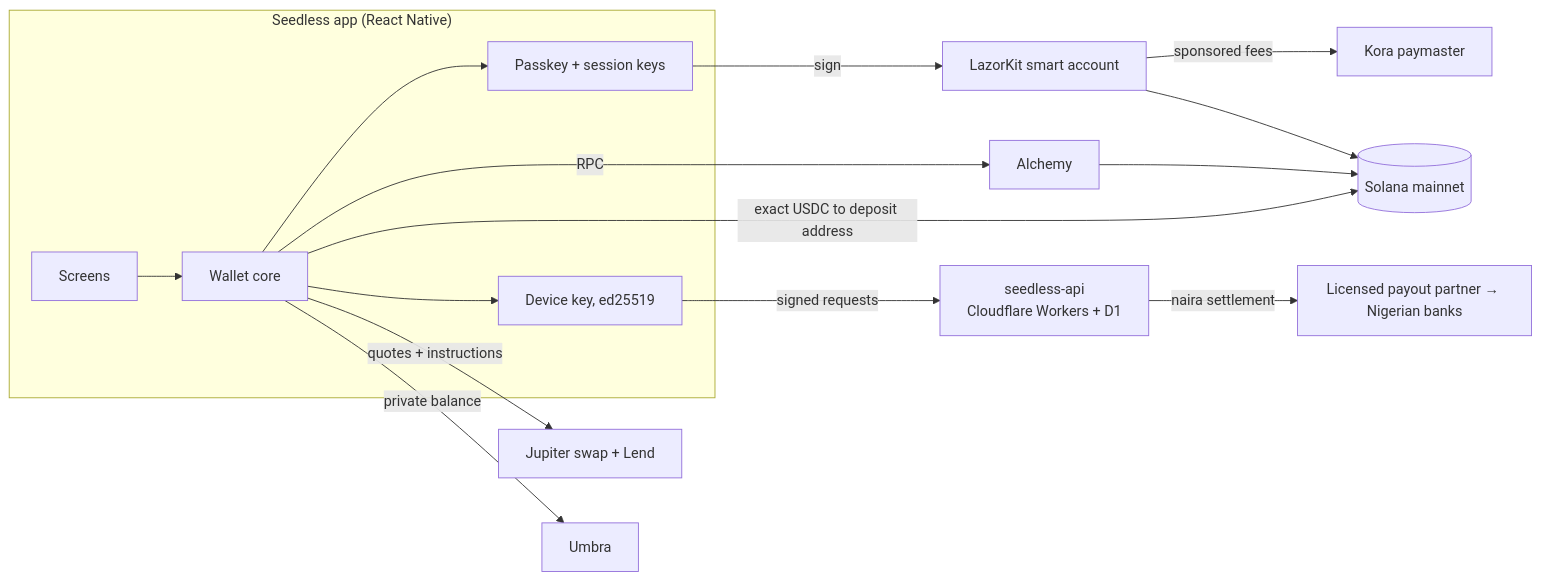
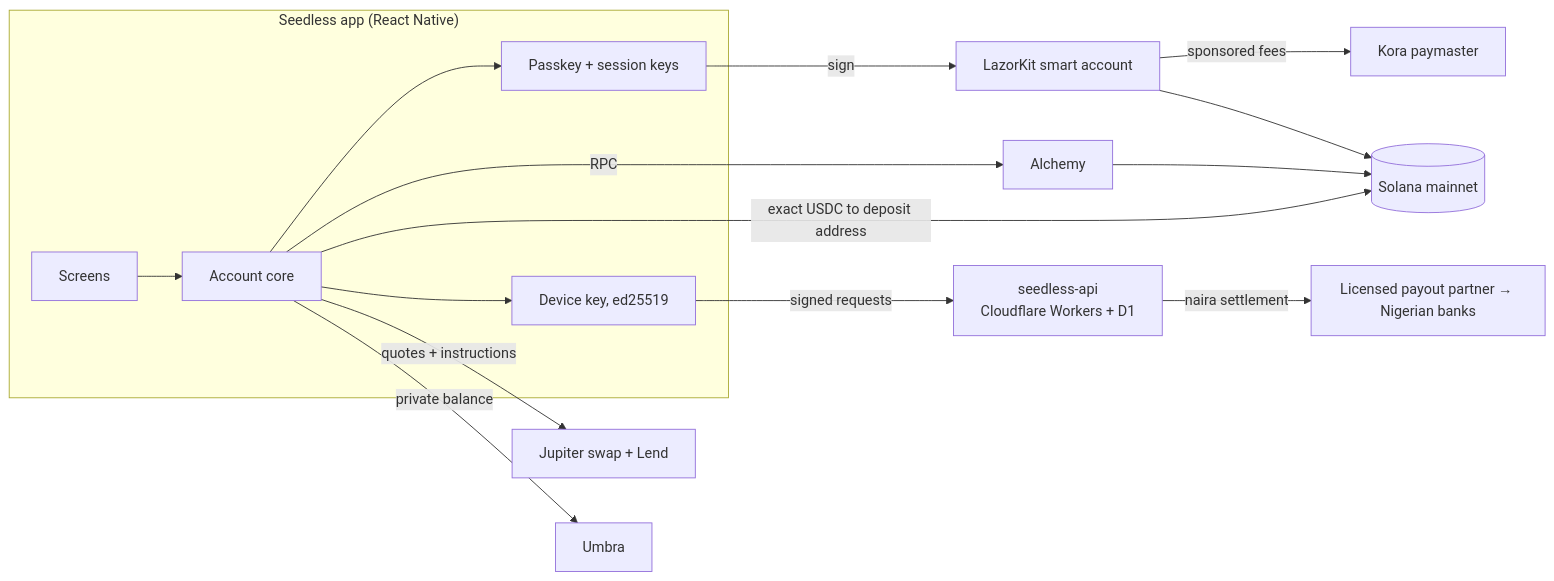
The diagram in profile/README.md (seedless-labs/.github), drawn with Mermaid before and after one commit. The commit also changed other lines of this file, not shown here.

Commit message:
Replace the remaining wallet wording in features, diagram and fees

````diff
--- a/profile/README.md
+++ b/profile/README.md
@@ -52,21 +52,21 @@
 ```mermaid
 flowchart LR
   subgraph Phone["Seedless app (React Native)"]
-    UI[Screens] --> Core[Wallet core]
+    UI[Screens] --> Core[Account core]
     Core --> PK[Passkey + session keys]
     Core --> DK[Device key, ed25519]
   end
 
   PK -->|sign| LZ[LazorKit smart account]
   LZ -->|sponsored fees| KO[Kora paymaster]
   LZ --> SOL[(Solana mainnet)]
 
   Core -->|quotes + instructions| JUP[Jupiter swap + Lend]
   Core -->|private balance| UMB[Umbra]
   Core -->|RPC| RPC[Alchemy]
   RPC --> SOL
 
   DK -->|signed requests| API[seedless-api<br/>Cloudflare Workers + D1]
   API -->|naira settlement| BANK[Licensed payout partner → Nigerian banks]
   Core -->|exact USDC to deposit address| SOL
 ```
````
